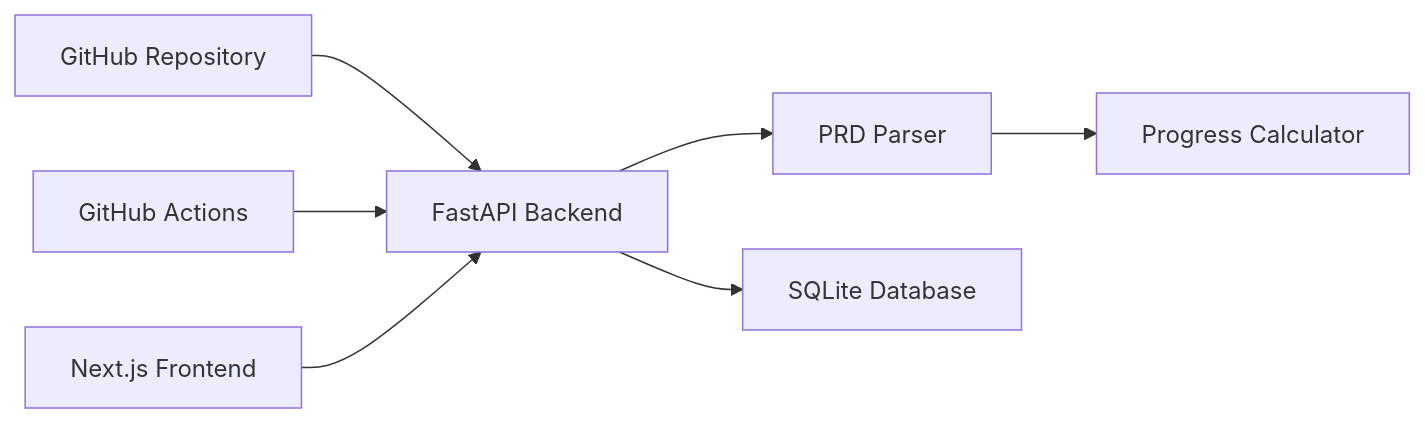
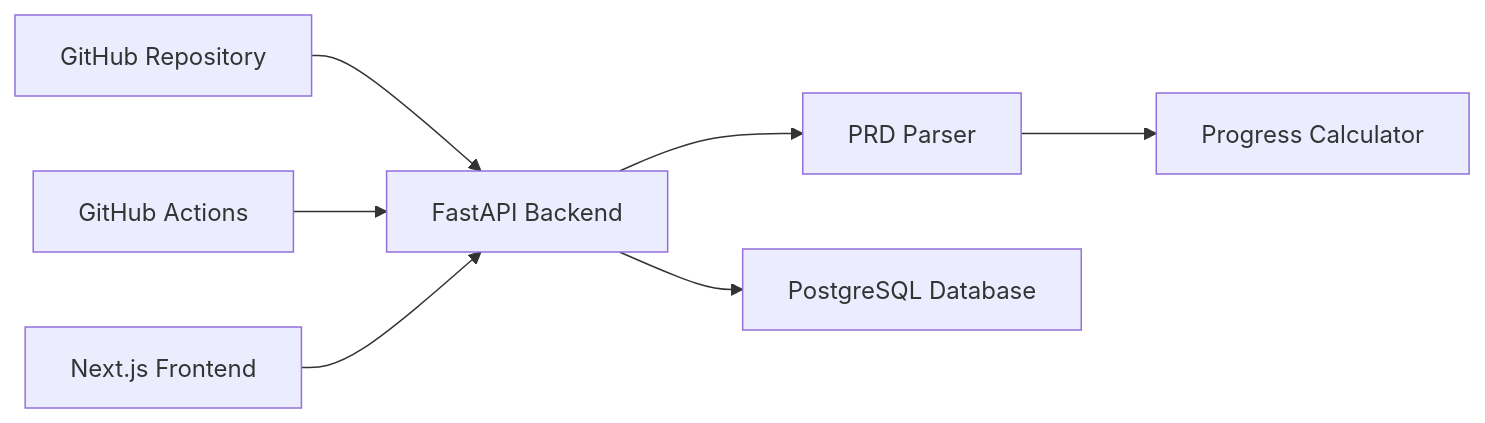
The diagram in docs/architecture/component-diagram.md (mahamahseb/Progress_project), drawn with Mermaid before and after one commit. The commit also changed 37 other files, not shown here.

Commit message:
Add PostgreSQL runtime and branch deploy

````diff
--- a/docs/architecture/component-diagram.md
+++ b/docs/architecture/component-diagram.md
@@ -3,9 +3,9 @@
 ```mermaid
 flowchart LR
     GitHub["GitHub Repository"] --> Backend["FastAPI Backend"]
     Actions["GitHub Actions"] --> Backend
     Backend --> Parser["PRD Parser"]
     Parser --> Calculator["Progress Calculator"]
-    Backend --> DB["SQLite Database"]
+    Backend --> DB["PostgreSQL Database"]
     Frontend["Next.js Frontend"] --> Backend
 ```
````
